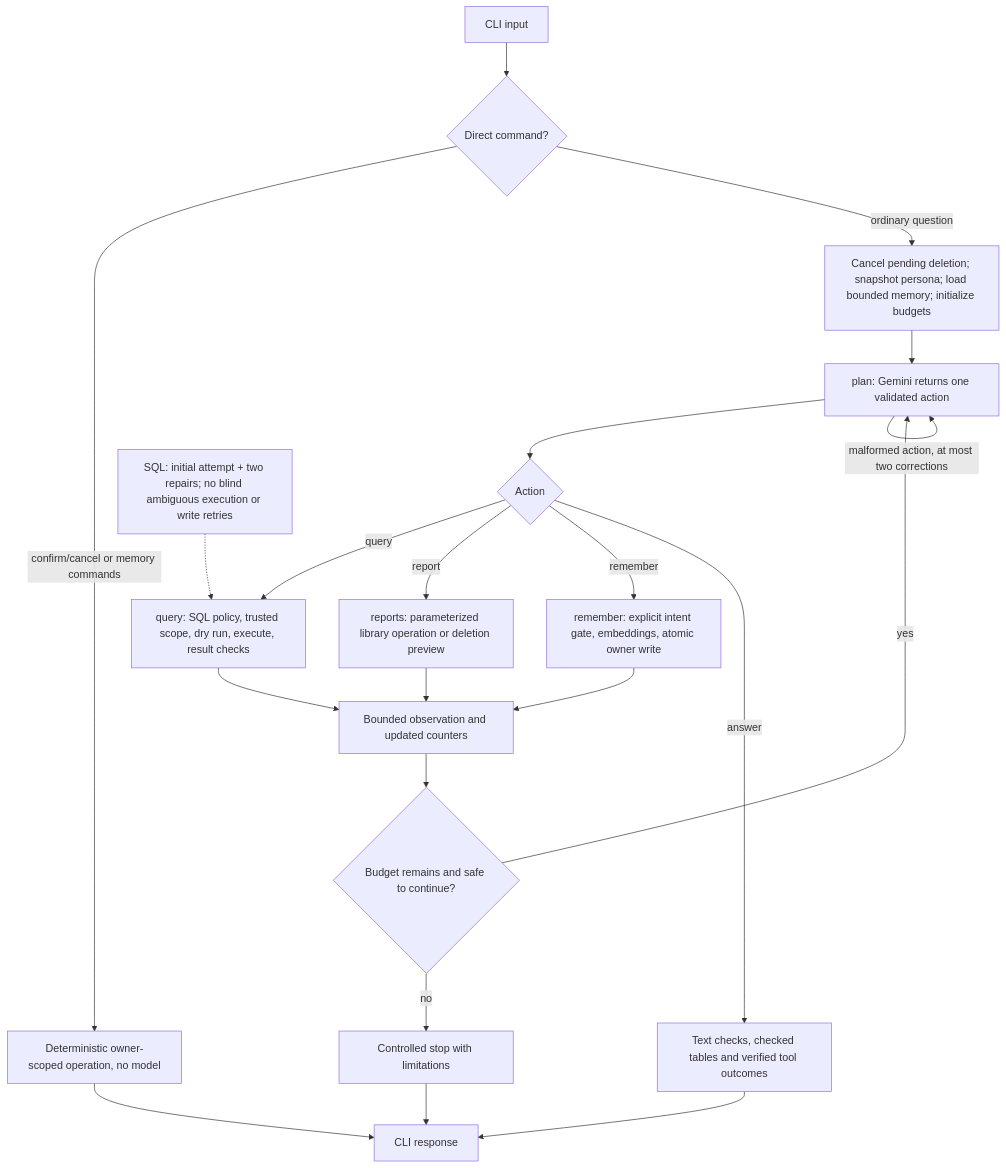
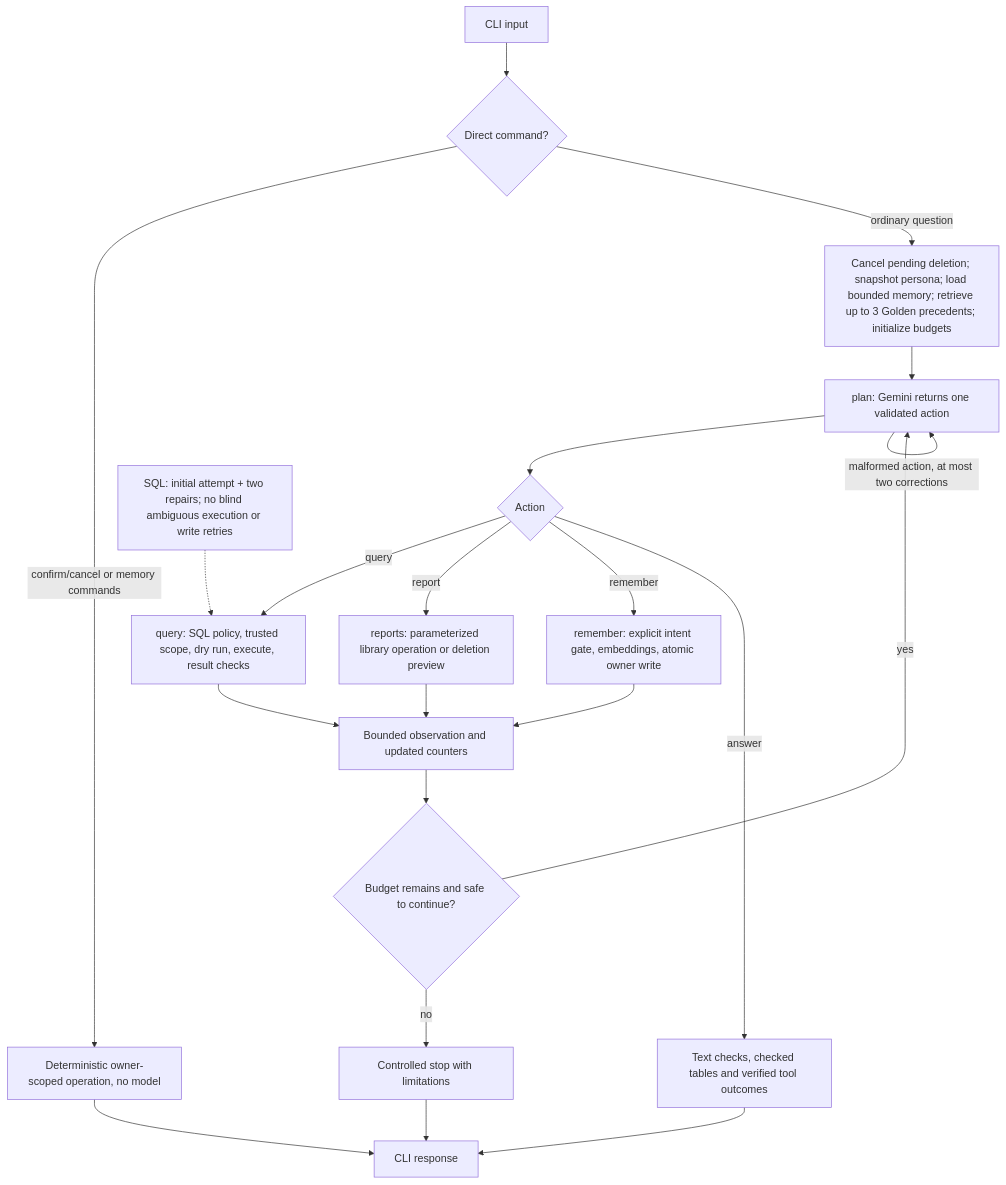
The diagram in HLD/agent-loop.mmd (BenFruit/opsfleet_retail), drawn with Mermaid before and after one commit. The commit also changed 35 other files, not shown here.

```diff
--- a/HLD/agent-loop.mmd
+++ b/HLD/agent-loop.mmd
@@ -1,21 +1,21 @@
 flowchart TD
     INPUT["CLI input"] --> CMD{"Direct command?"}
     CMD -->|"confirm/cancel or memory commands"| DIRECT["Deterministic owner-scoped operation, no model"]
-    CMD -->|"ordinary question"| INIT["Cancel pending deletion; snapshot persona; load bounded memory; initialize budgets"]
+    CMD -->|"ordinary question"| INIT["Cancel pending deletion; snapshot persona; load bounded memory; retrieve up to 3 Golden precedents; initialize budgets"]
     INIT --> PLAN["plan: Gemini returns one validated action"]
     PLAN --> ACT{"Action"}
     ACT -->|query| QUERY["query: SQL policy, trusted scope, dry run, execute, result checks"]
     ACT -->|report| REPORT["reports: parameterized library operation or deletion preview"]
     ACT -->|remember| MEM["remember: explicit intent gate, embeddings, atomic owner write"]
     QUERY --> OBS["Bounded observation and updated counters"]
     REPORT --> OBS
     MEM --> OBS
     OBS --> BUDGET{"Budget remains and safe to continue?"}
     BUDGET -->|yes| PLAN
     BUDGET -->|no| STOP["Controlled stop with limitations"]
     PLAN -->|"malformed action, at most two corrections"| PLAN
     ACT -->|answer| FINAL["Text checks, checked tables and verified tool outcomes"]
     STOP --> OUT["CLI response"]
     FINAL --> OUT
     DIRECT --> OUT
     NOTE["SQL: initial attempt + two repairs; no blind ambiguous execution or write retries"] -.-> QUERY
```
